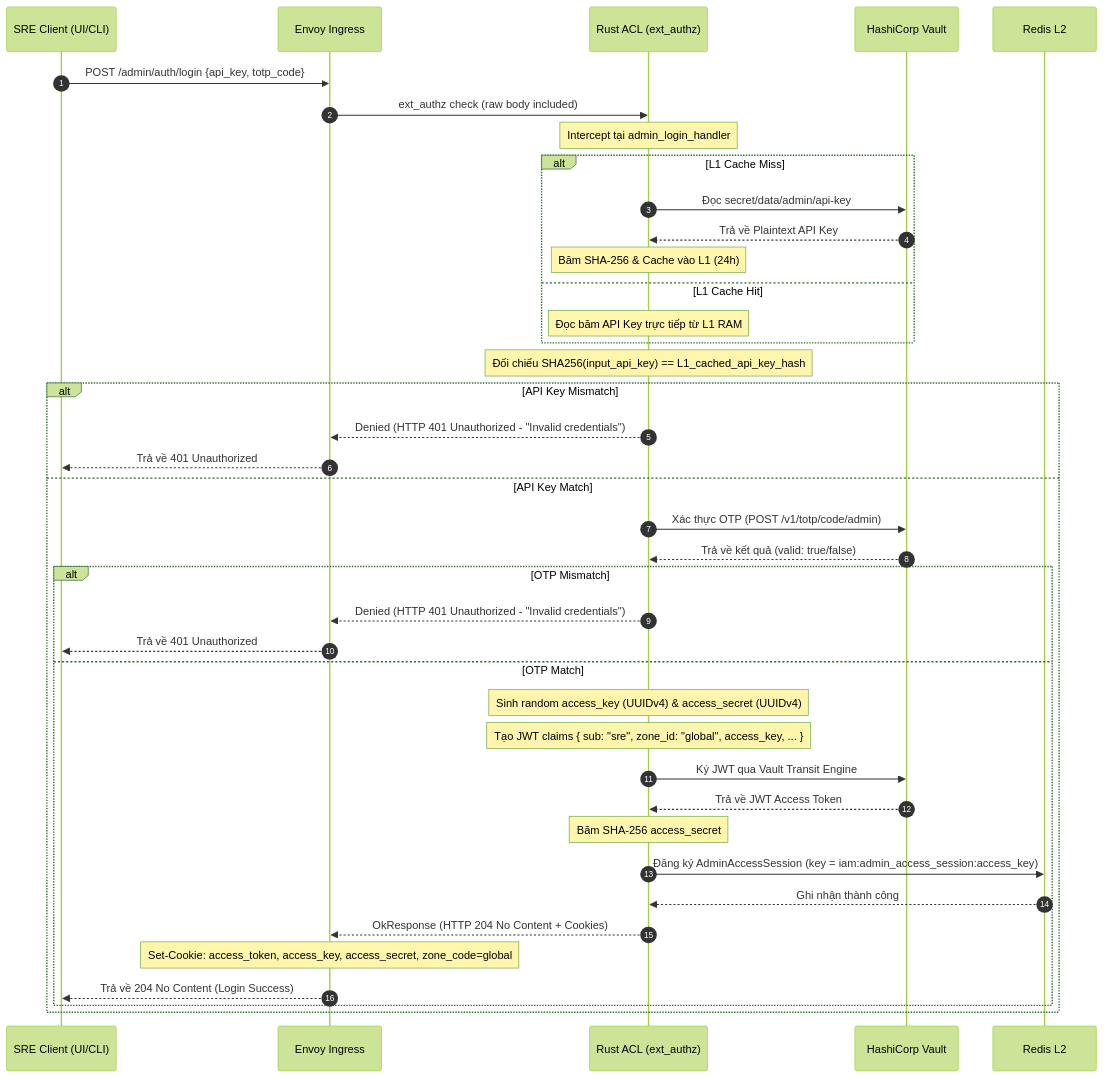
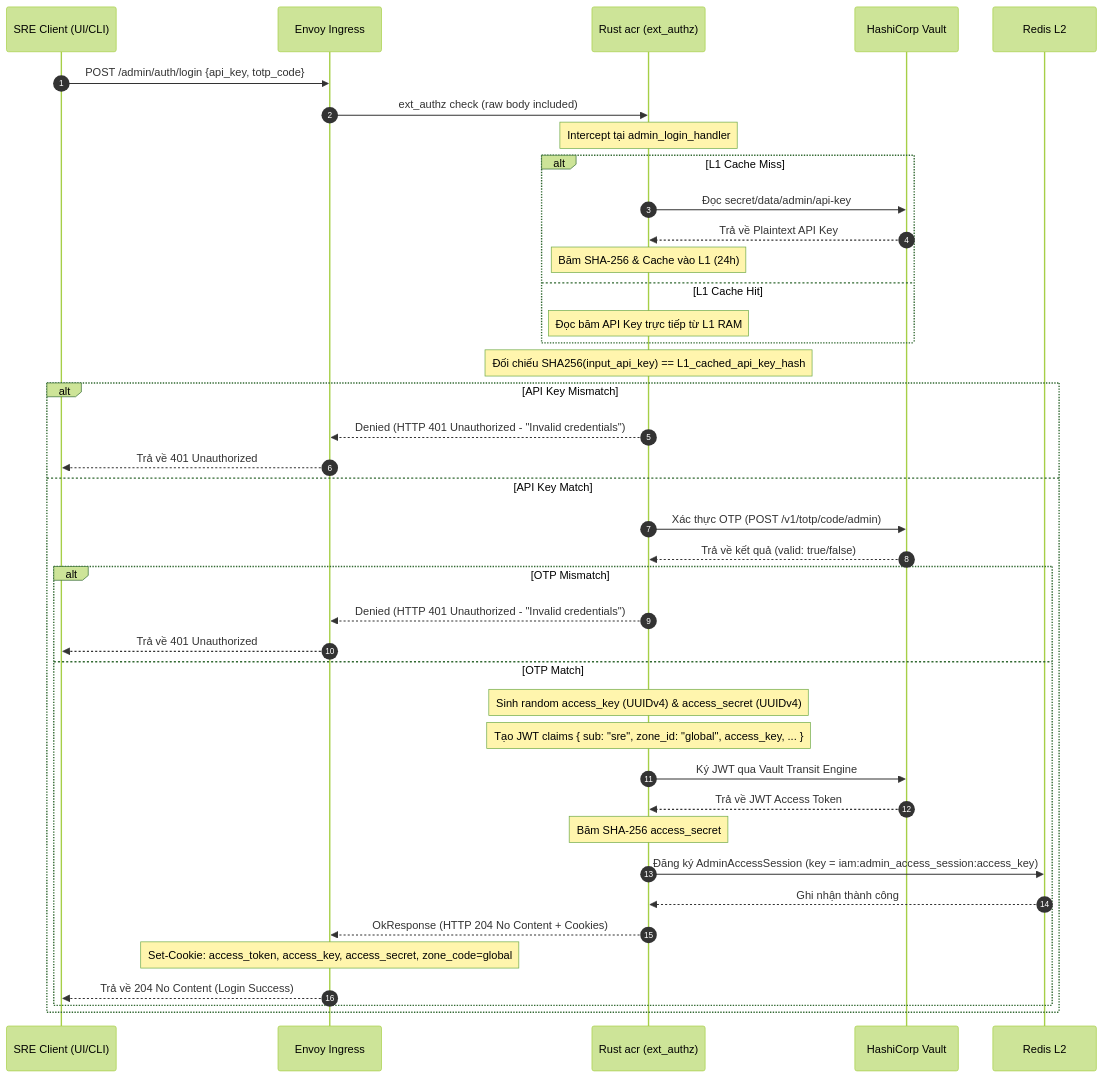
One commit to phucle996/aurora changed the second of 4 diagrams in god_view/acr/sre_login_god_view_workflow.md. Above: the diagram before and after it, drawn with Mermaid (forest theme). The commit also changed other lines of this file and 72 other files, not shown here.

Commit message:
refactor: remove policy engine and modularize session management service

````diff
--- a/god_view/acr/sre_login_god_view_workflow.md
+++ b/god_view/acr/sre_login_god_view_workflow.md
@@ -58,49 +58,49 @@
 ```mermaid
 sequenceDiagram
     autonumber
     participant Client as SRE Client (UI/CLI)
     participant Envoy as Envoy Ingress
-    participant ACL as Rust ACL (ext_authz)
+    participant acr as Rust acr (ext_authz)
     participant Vault as HashiCorp Vault
     participant Redis as Redis L2
 
     Client->>Envoy: POST /admin/auth/login {api_key, totp_code}
-    Envoy->>ACL: ext_authz check (raw body included)
+    Envoy->>acr: ext_authz check (raw body included)
     
-    Note over ACL: Intercept tại admin_login_handler
+    Note over acr: Intercept tại admin_login_handler
     
     alt L1 Cache Miss
-        ACL->>Vault: Đọc secret/data/admin/api-key
-        Vault-->>ACL: Trả về Plaintext API Key
-        Note over ACL: Băm SHA-256 & Cache vào L1 (24h)
+        acr->>Vault: Đọc secret/data/admin/api-key
+        Vault-->>acr: Trả về Plaintext API Key
+        Note over acr: Băm SHA-256 & Cache vào L1 (24h)
     else L1 Cache Hit
-        Note over ACL: Đọc băm API Key trực tiếp từ L1 RAM
+        Note over acr: Đọc băm API Key trực tiếp từ L1 RAM
     end
 
-    Note over ACL: Đối chiếu SHA256(input_api_key) == L1_cached_api_key_hash
+    Note over acr: Đối chiếu SHA256(input_api_key) == L1_cached_api_key_hash
     
     alt API Key Mismatch
-        ACL-->>Envoy: Denied (HTTP 401 Unauthorized - "Invalid credentials")
+        acr-->>Envoy: Denied (HTTP 401 Unauthorized - "Invalid credentials")
         Envoy-->>Client: Trả về 401 Unauthorized
     else API Key Match
-        ACL->>Vault: Xác thực OTP (POST /v1/totp/code/admin)
-        Vault-->>ACL: Trả về kết quả (valid: true/false)
+        acr->>Vault: Xác thực OTP (POST /v1/totp/code/admin)
+        Vault-->>acr: Trả về kết quả (valid: true/false)
         alt OTP Mismatch
-            ACL-->>Envoy: Denied (HTTP 401 Unauthorized - "Invalid credentials")
+            acr-->>Envoy: Denied (HTTP 401 Unauthorized - "Invalid credentials")
             Envoy-->>Client: Trả về 401 Unauthorized
         else OTP Match
-            Note over ACL: Sinh random access_key (UUIDv4) & access_secret (UUIDv4)
-            Note over ACL: Tạo JWT claims { sub: "sre", zone_id: "global", access_key, ... }
-            ACL->>Vault: Ký JWT qua Vault Transit Engine
-            Vault-->>ACL: Trả về JWT Access Token
+            Note over acr: Sinh random access_key (UUIDv4) & access_secret (UUIDv4)
+            Note over acr: Tạo JWT claims { sub: "sre", zone_id: "global", access_key, ... }
+            acr->>Vault: Ký JWT qua Vault Transit Engine
+            Vault-->>acr: Trả về JWT Access Token
             
-            Note over ACL: Băm SHA-256 access_secret
-            ACL->>Redis: Đăng ký AdminAccessSession (key = iam:admin_access_session:access_key)
-            Redis-->>ACL: Ghi nhận thành công
+            Note over acr: Băm SHA-256 access_secret
+            acr->>Redis: Đăng ký AdminAccessSession (key = iam:admin_access_session:access_key)
+            Redis-->>acr: Ghi nhận thành công
             
-            ACL-->>Envoy: OkResponse (HTTP 204 No Content + Cookies)
+            acr-->>Envoy: OkResponse (HTTP 204 No Content + Cookies)
             Note over Envoy: Set-Cookie: access_token, access_key, access_secret, zone_code=global
             Envoy-->>Client: Trả về 204 No Content (Login Success)
         end
     end
 ```
````
